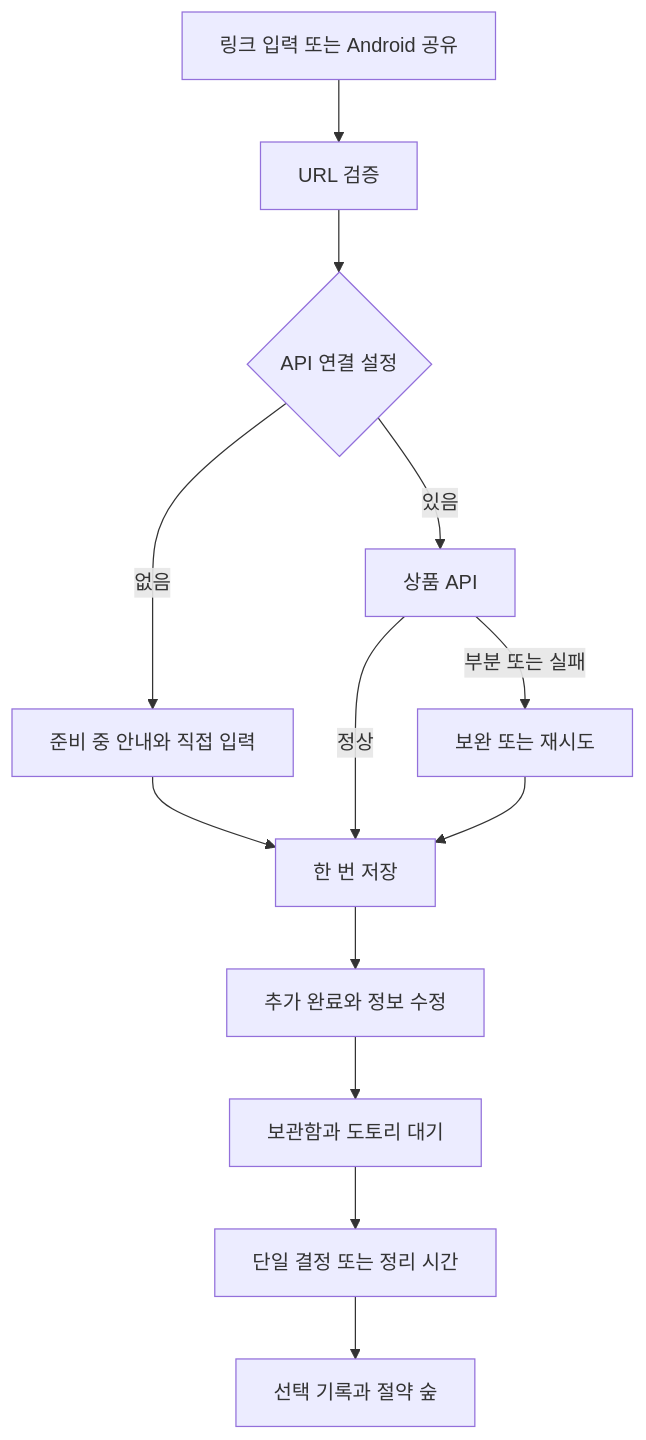
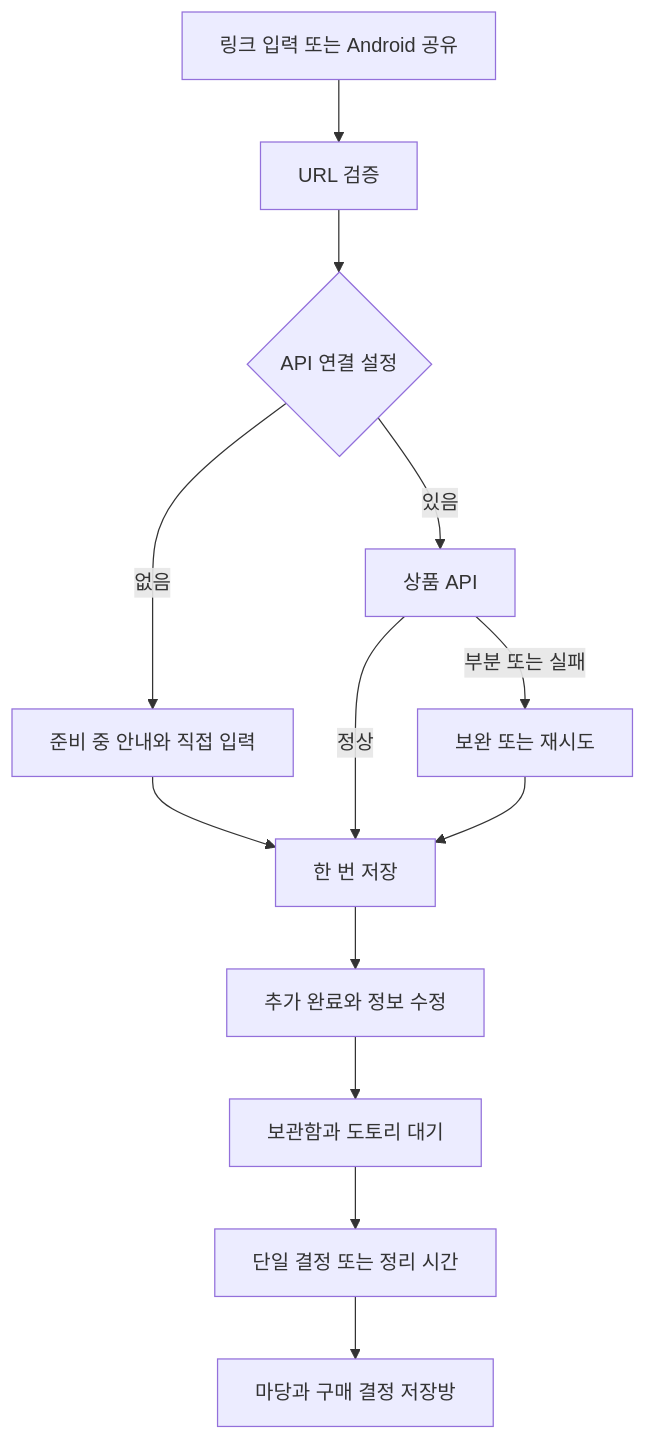
The diagram in GOAL_SPEC.md (udonsari0101/Kakao_Ralphthon_Haruman), drawn with Mermaid before and after one commit. The commit also changed other lines of this file and 43 other files, not shown here.

````diff
--- a/GOAL_SPEC.md
+++ b/GOAL_SPEC.md
@@ -40,15 +45,15 @@
 ```mermaid
 flowchart TD
     A[링크 입력 또는 Android 공유] --> B[URL 검증]
     B --> C{API 연결 설정}
     C -->|없음| D[준비 중 안내와 직접 입력]
     C -->|있음| E[상품 API]
     E -->|정상| F[한 번 저장]
     E -->|부분 또는 실패| G[보완 또는 재시도]
     D --> F
     G --> F
     F --> H[추가 완료와 정보 수정]
     H --> I[보관함과 도토리 대기]
     I --> J[단일 결정 또는 정리 시간]
-    J --> K[선택 기록과 절약 숲]
+    J --> K[마당과 구매 결정 저장방]
 ```
````
